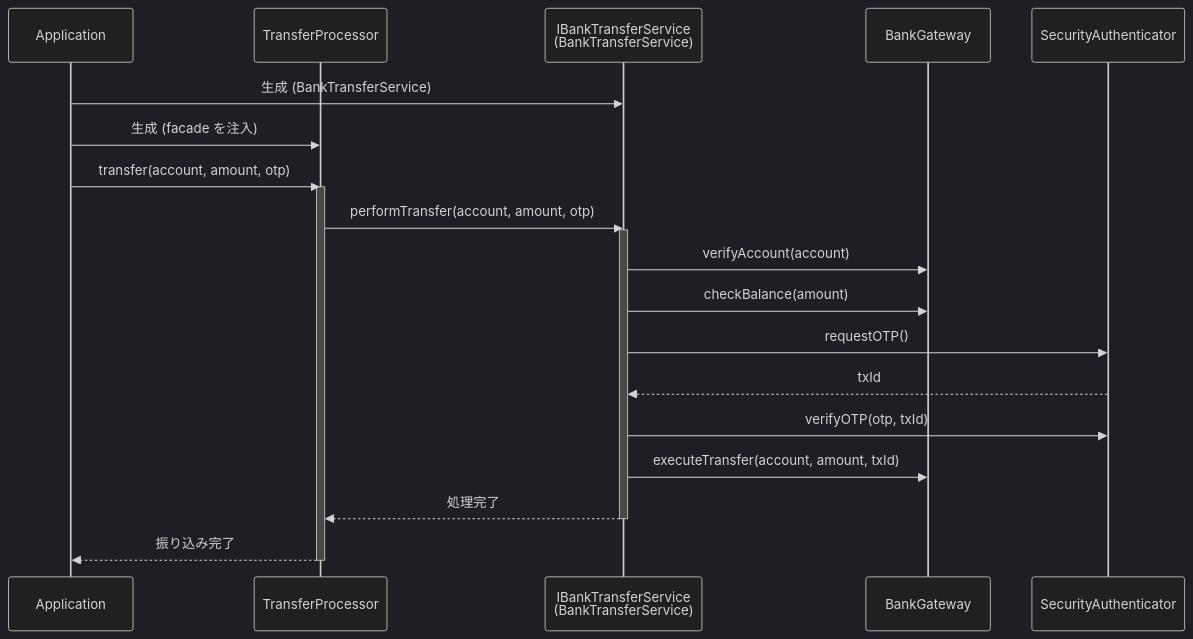
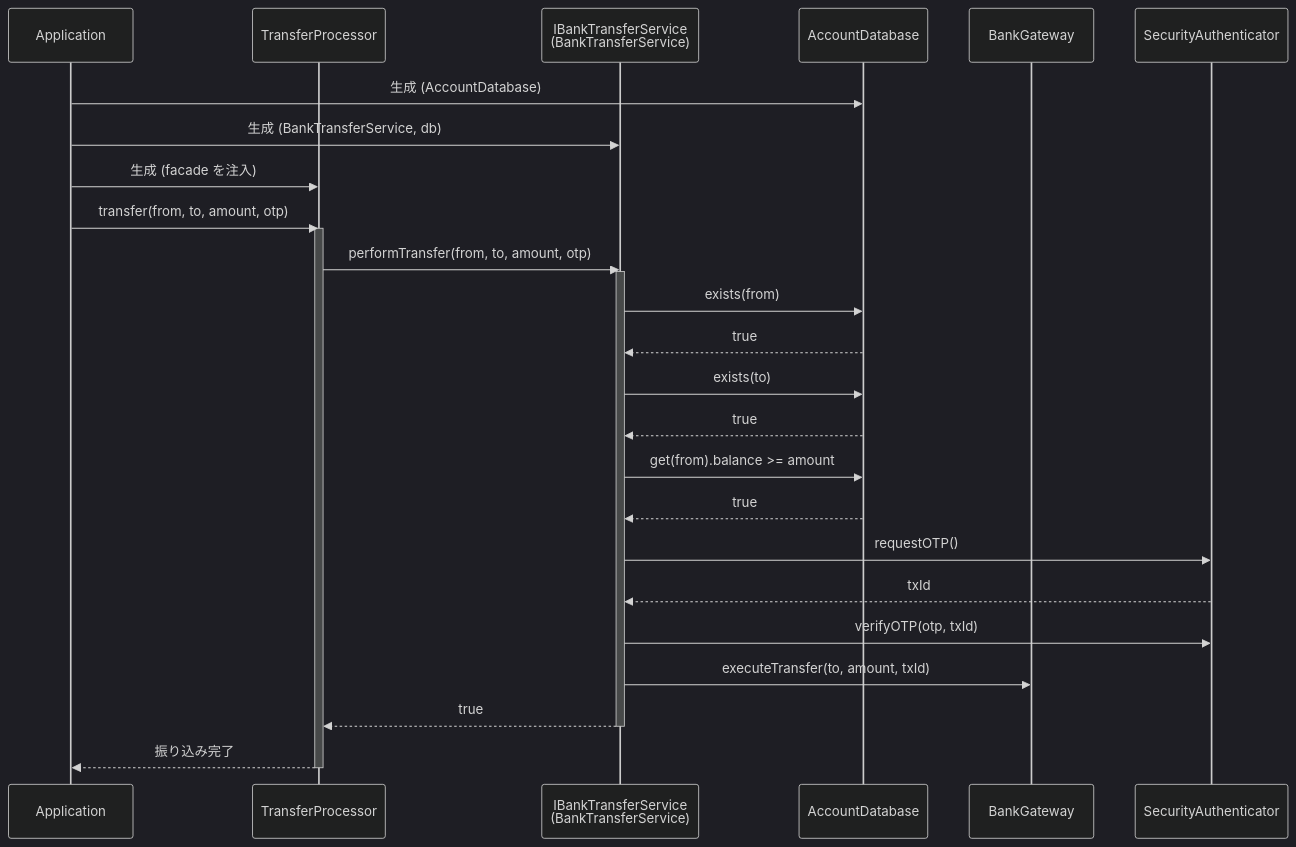
One commit to kumachan1101-pixel/DesignPattern changed the third of 5 diagrams in kindle/design-patterns/output/chapter02.md. Above: the diagram before and after it, drawn with Mermaid (dark theme). The commit also changed other lines of this file and 11 other files, not shown here.

````diff
--- a/kindle/design-patterns/output/chapter02.md
+++ b/kindle/design-patterns/output/chapter02.md
@@ -1041,25 +1206,31 @@
 ```mermaid
 sequenceDiagram
     participant App as Application
     participant T as TransferProcessor
     participant F as IBankTransferService<br/>(BankTransferService)
+    participant DB as AccountDatabase
     participant G as BankGateway
     participant A as SecurityAuthenticator
 
-    App->>F: 生成 (BankTransferService)
+    App->>DB: 生成 (AccountDatabase)
+    App->>F: 生成 (BankTransferService, db)
     App->>T: 生成 (facade を注入)
-    App->>T: transfer(account, amount, otp)
+    App->>T: transfer(from, to, amount, otp)
     activate T
-    T->>F: performTransfer(account, amount, otp)
+    T->>F: performTransfer(from, to, amount, otp)
     activate F
-    F->>G: verifyAccount(account)
-    F->>G: checkBalance(amount)
+    F->>DB: exists(from)
+    DB-->>F: true
+    F->>DB: exists(to)
+    DB-->>F: true
+    F->>DB: get(from).balance >= amount
+    DB-->>F: true
     F->>A: requestOTP()
     A-->>F: txId
     F->>A: verifyOTP(otp, txId)
-    F->>G: executeTransfer(account, amount, txId)
-    F-->>T: 処理完了
+    F->>G: executeTransfer(to, amount, txId)
+    F-->>T: true
     deactivate F
     T-->>App: 振り込み完了
     deactivate T
 ```
````
